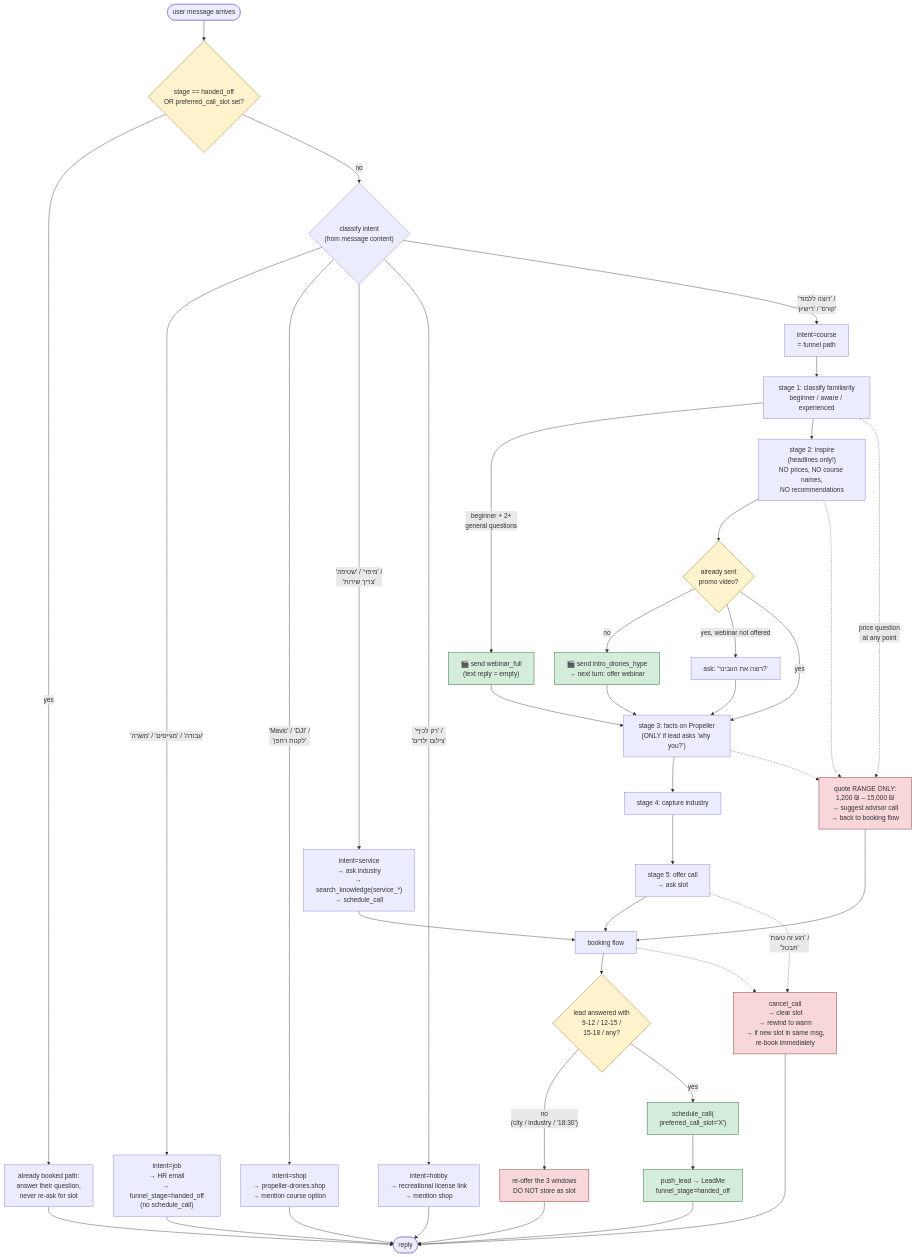
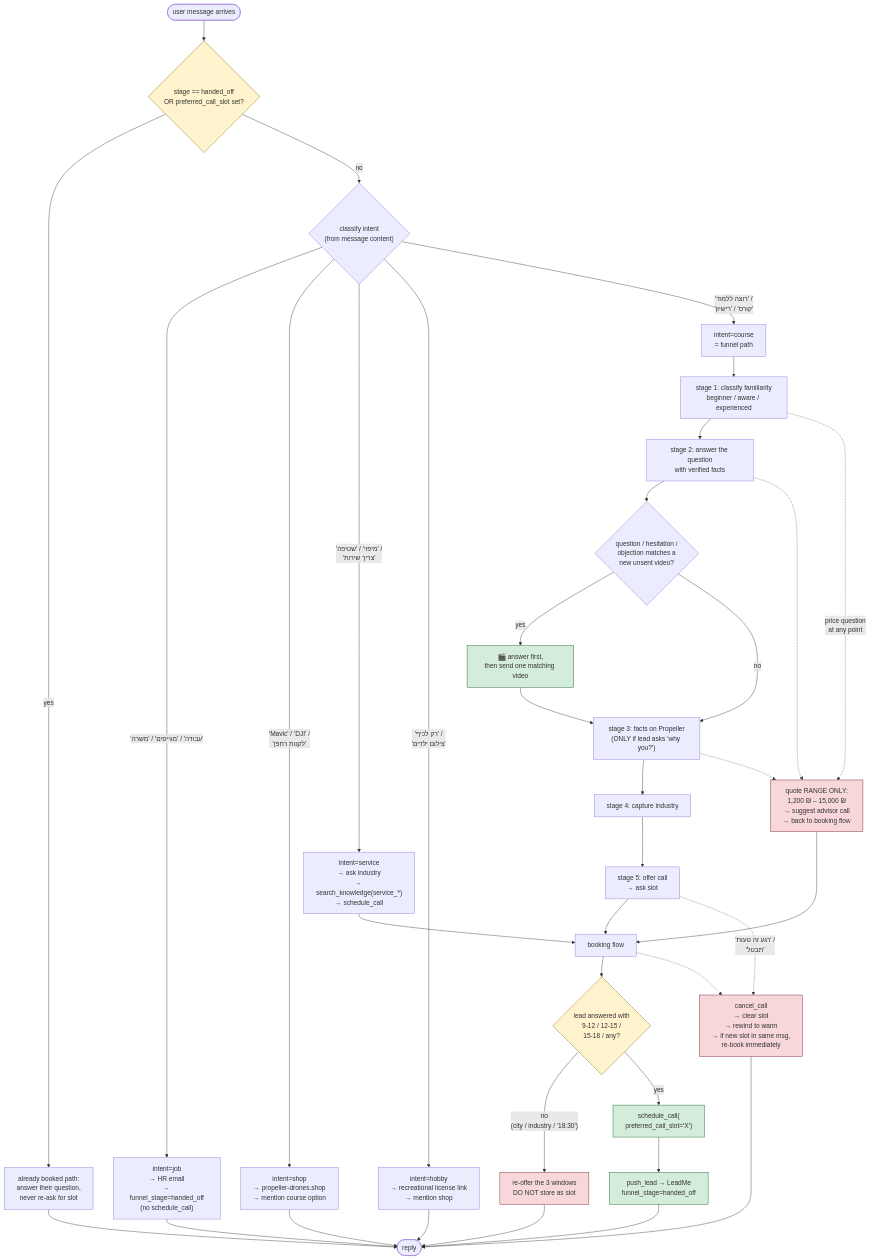
The second of 2 diagrams in docs/bot_flow.md (eranhaim/propeller_drones_leads_agent), drawn with Mermaid before and after one commit. The commit also changed 14 other files, not shown here.

Commit message:
feat(video): replace webinar nurture catalog

````diff
--- a/docs/bot_flow.md
+++ b/docs/bot_flow.md
@@ -73,71 +73,65 @@
 ```mermaid
 flowchart TD
     START([user message arrives]) --> CHECK{stage == handed_off<br/>OR preferred_call_slot set?}
 
     CHECK -->|yes| BOOKED["already booked path:<br/>answer their question,<br/>never re-ask for slot"]
     BOOKED --> END([reply])
 
     CHECK -->|no| INTENT{"classify intent<br/>(from message content)"}
 
     INTENT -->|"'עבודה' / 'מגייסים' / 'משרה'"| JOB["intent=job<br/>→ HR email<br/>→ funnel_stage=handed_off<br/>(no schedule_call)"]
 
     INTENT -->|"'Mavic' / 'DJI' /<br/>'לקנות רחפן'"| SHOP["intent=shop<br/>→ propeller-drones.shop<br/>→ mention course option"]
 
     INTENT -->|"'מיפוי' / 'שטיפה' /<br/>'צריך שירות'"| SERVICE["intent=service<br/>→ ask industry<br/>→ search_knowledge(service_*)<br/>→ schedule_call"]
 
     INTENT -->|"'רק לכיף' /<br/>'צילום ילדים'"| HOBBY["intent=hobby<br/>→ recreational license link<br/>→ mention shop"]
 
     INTENT -->|"'רוצה ללמוד' /<br/>'קורס' / 'רישיון'"| COURSE[intent=course<br/>= funnel path]
 
     JOB --> END
     SHOP --> END
     SERVICE --> BOOK
     HOBBY --> END
 
     %% ---- Course funnel ----
     COURSE --> S1["stage 1: classify familiarity<br/>beginner / aware / experienced"]
 
-    S1 -->|"beginner + 2+<br/>general questions"| WEB["🎬 send webinar_full<br/>(text reply = empty)"]
-    S1 --> S2["stage 2: inspire<br/>(headlines only!)<br/>NO prices, NO course names,<br/>NO recommendations"]
-
-    S2 --> INSPO{"already sent<br/>promo video?"}
-    INSPO -->|no| VID["🎬 send intro_drones_hype<br/>→ next turn: offer webinar"]
-    INSPO -->|yes, webinar not offered| OFFER["ask: 'רוצה את הוובינר?'"]
-    INSPO -->|yes| S3
-
-    WEB --> S3["stage 3: facts on Propeller<br/>(ONLY if lead asks 'why you?')"]
-    OFFER --> S3
-    VID --> S3
+    S1 --> S2["stage 2: answer the question<br/>with verified facts"]
+    S2 --> MATCH{"question / hesitation /<br/>objection matches a<br/>new unsent video?"}
+    MATCH -->|yes| VID["🎬 answer first,<br/>then send one matching video"]
+    MATCH -->|no| S3
+    VID --> S3["stage 3: facts on Propeller<br/>(ONLY if lead asks 'why you?')"]
 
     S3 --> S4[stage 4: capture industry]
     S4 --> S5["stage 5: offer call<br/>→ ask slot"]
 
     S5 --> BOOK[booking flow]
 
     %% ---- Booking + safety ----
     BOOK --> SLOT{"lead answered with<br/>9-12 / 12-15 /<br/>15-18 / any?"}
     SLOT -->|"no<br/>(city / industry / '18:30')"| REASK["re-offer the 3 windows<br/>DO NOT store as slot"]
     REASK --> END
 
     SLOT -->|yes| CALL["schedule_call(<br/>preferred_call_slot='X')"]
     CALL --> PUSH["push_lead → LeadMe<br/>funnel_stage=handed_off"]
     PUSH --> END
 
     %% ---- Price side-branch ----
     S1 -.->|"price question<br/>at any point"| PRICE["quote RANGE ONLY:<br/>1,200 ₪ – 15,000 ₪<br/>→ suggest advisor call<br/>→ back to booking flow"]
     S2 -.-> PRICE
     S3 -.-> PRICE
     PRICE --> BOOK
 
     %% ---- Cancel branch ----
     S5 -.->|"'רגע זה טעות' /<br/>'תבטל'"| CAN["cancel_call<br/>→ clear slot<br/>→ rewind to warm<br/>→ if new slot in same msg,<br/>  re-book immediately"]
     BOOK -.-> CAN
     CAN --> END
 
     classDef guard fill:#fff3cd,stroke:#856404
     classDef win fill:#d4edda,stroke:#155724
     classDef term fill:#f8d7da,stroke:#721c24
     class SLOT,CHECK,INSPO guard
     class CALL,PUSH,WEB,VID win
     class REASK,CAN,PRICE term
 ```
````
